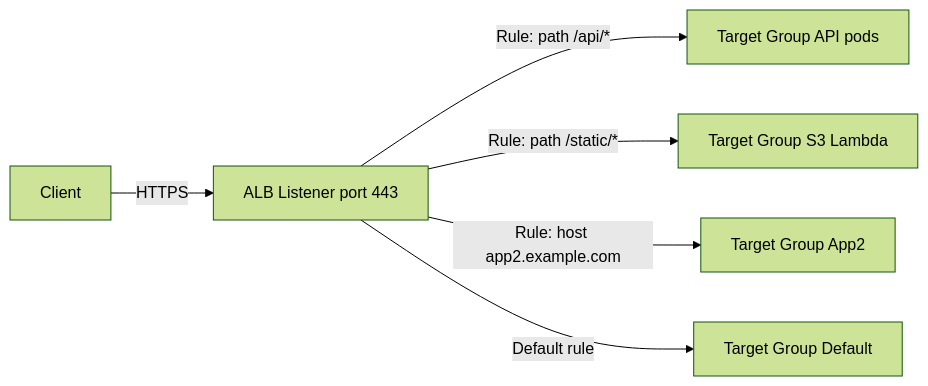
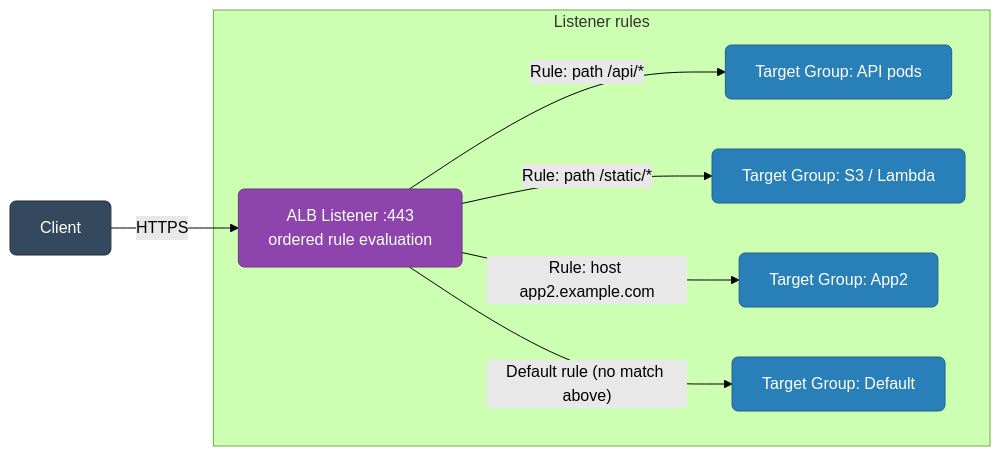
One commit to deepanshu-rawat6/DevOpsIndex changed the third of 5 diagrams in networking/load-balancers.md. Above: the diagram before and after it, drawn with Mermaid (forest theme). The commit also changed other lines of this file and 8 other files, not shown here.

````diff
--- a/networking/load-balancers.md
+++ b/networking/load-balancers.md
@@ -230,8 +320,15 @@
 ```mermaid
 graph LR
-    Client -->|HTTPS| ALB[ALB Listener port 443]
-    ALB -->|Rule: path /api/*| TG1[Target Group API pods]
-    ALB -->|Rule: path /static/*| TG2[Target Group S3 Lambda]
-    ALB -->|Rule: host app2.example.com| TG3[Target Group App2]
-    ALB -->|Default rule| TG4[Target Group Default]
+    classDef client fill:#34495e,stroke:#212f3c,color:#fff,rx:6
+    classDef alb fill:#8e44ad,stroke:#6c3483,color:#fff,rx:6
+    classDef tg fill:#2980b9,stroke:#1f618d,color:#fff,rx:6
+
+    Client["Client"]:::client -->|"HTTPS"| ALB["ALB Listener :443<br/>ordered rule evaluation"]:::alb
+
+    subgraph RULES["Listener rules"]
+        ALB -->|"Rule: path /api/*"| TG1["Target Group: API pods"]:::tg
+        ALB -->|"Rule: path /static/*"| TG2["Target Group: S3 / Lambda"]:::tg
+        ALB -->|"Rule: host app2.example.com"| TG3["Target Group: App2"]:::tg
+        ALB -->|"Default rule (no match above)"| TG4["Target Group: Default"]:::tg
+    end
 ```
````
